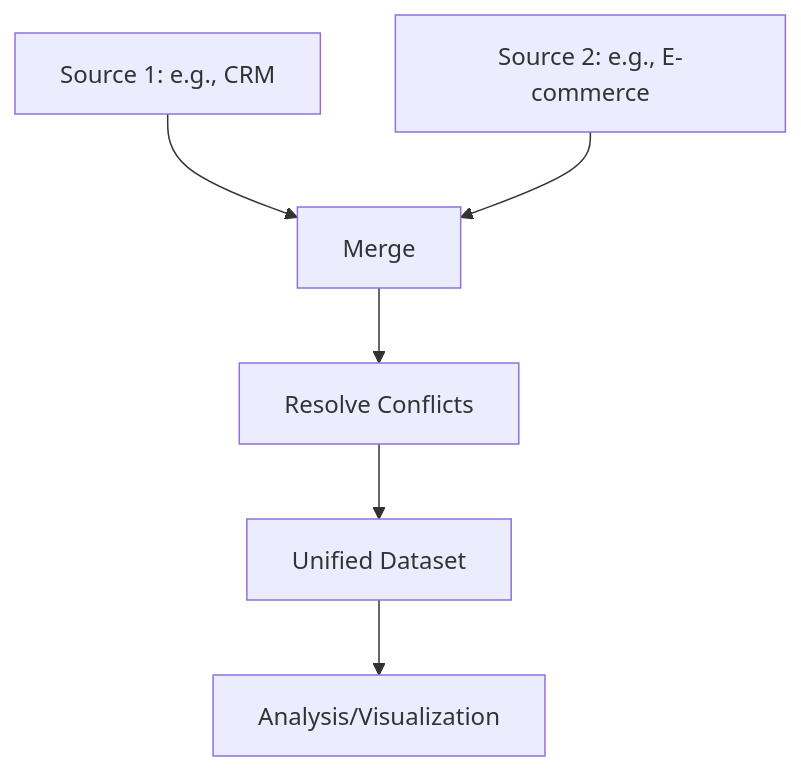
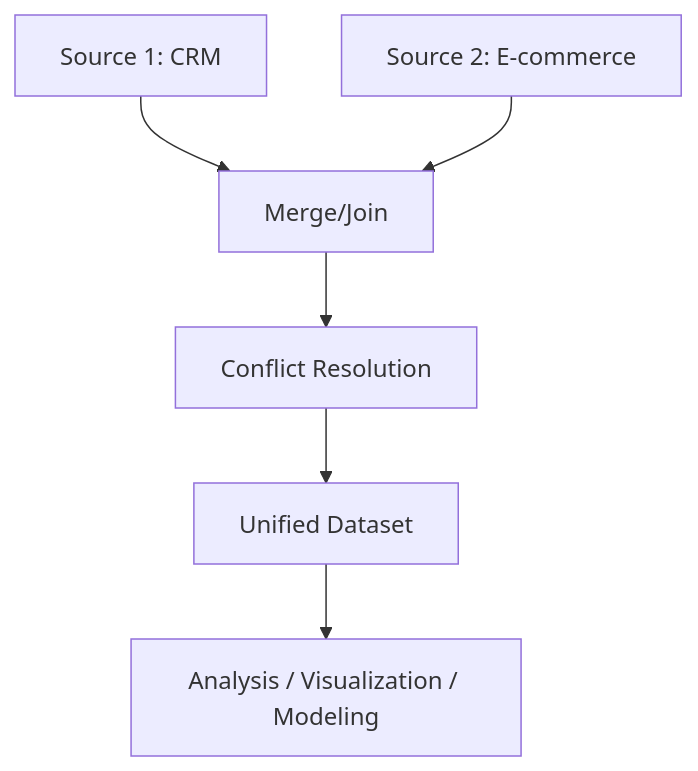
Before and after one commit to SilverShadowHeart/2-1: the fifth of 10 diagrams in 24AD2102-DATA SCIENCE AND VISUALIZATION/dsv summary overview/CO2/DSV NOTES CO2 1 1.md, drawn with Mermaid. The commit also changed other lines of this file, not shown here.

````diff
--- a/24AD2102-DATA SCIENCE AND VISUALIZATION/dsv summary overview/CO2/DSV NOTES CO2 1 1.md
+++ b/24AD2102-DATA SCIENCE AND VISUALIZATION/dsv summary overview/CO2/DSV NOTES CO2 1 1.md
@@ -1625,8 +1690,8 @@
 ```mermaid
 flowchart TD
-    A[Source 1: e.g., CRM] --> B[Merge]
-    C[Source 2: e.g., E-commerce] --> B
-    B --> D[Resolve Conflicts]
+    A[Source 1: CRM] --> B[Merge/Join]
+    C[Source 2: E-commerce] --> B
+    B --> D[Conflict Resolution]
     D --> E[Unified Dataset]
-    E --> F[Analysis/Visualization]
+    E --> F[Analysis / Visualization / Modeling]
 ```
````
